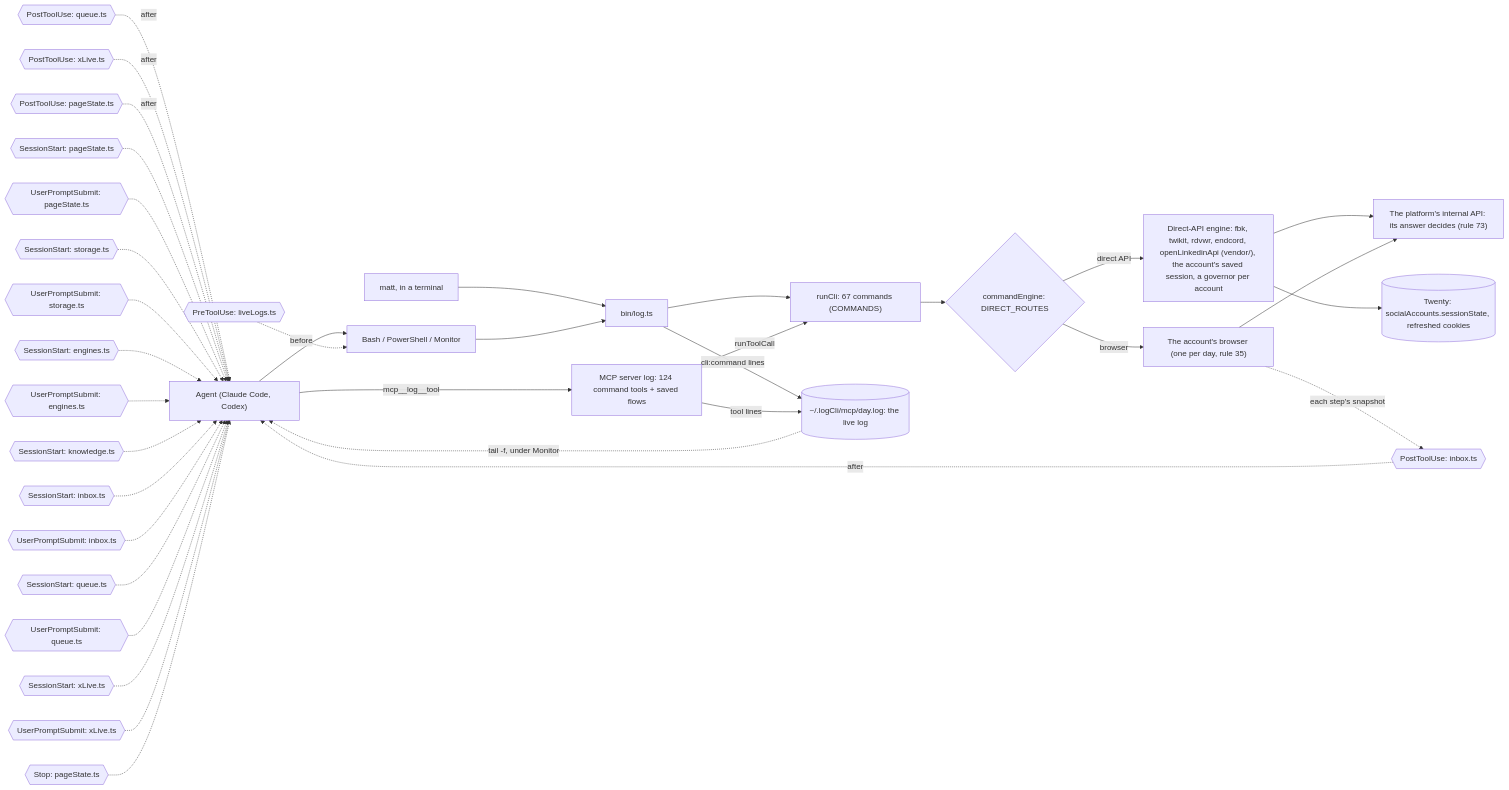
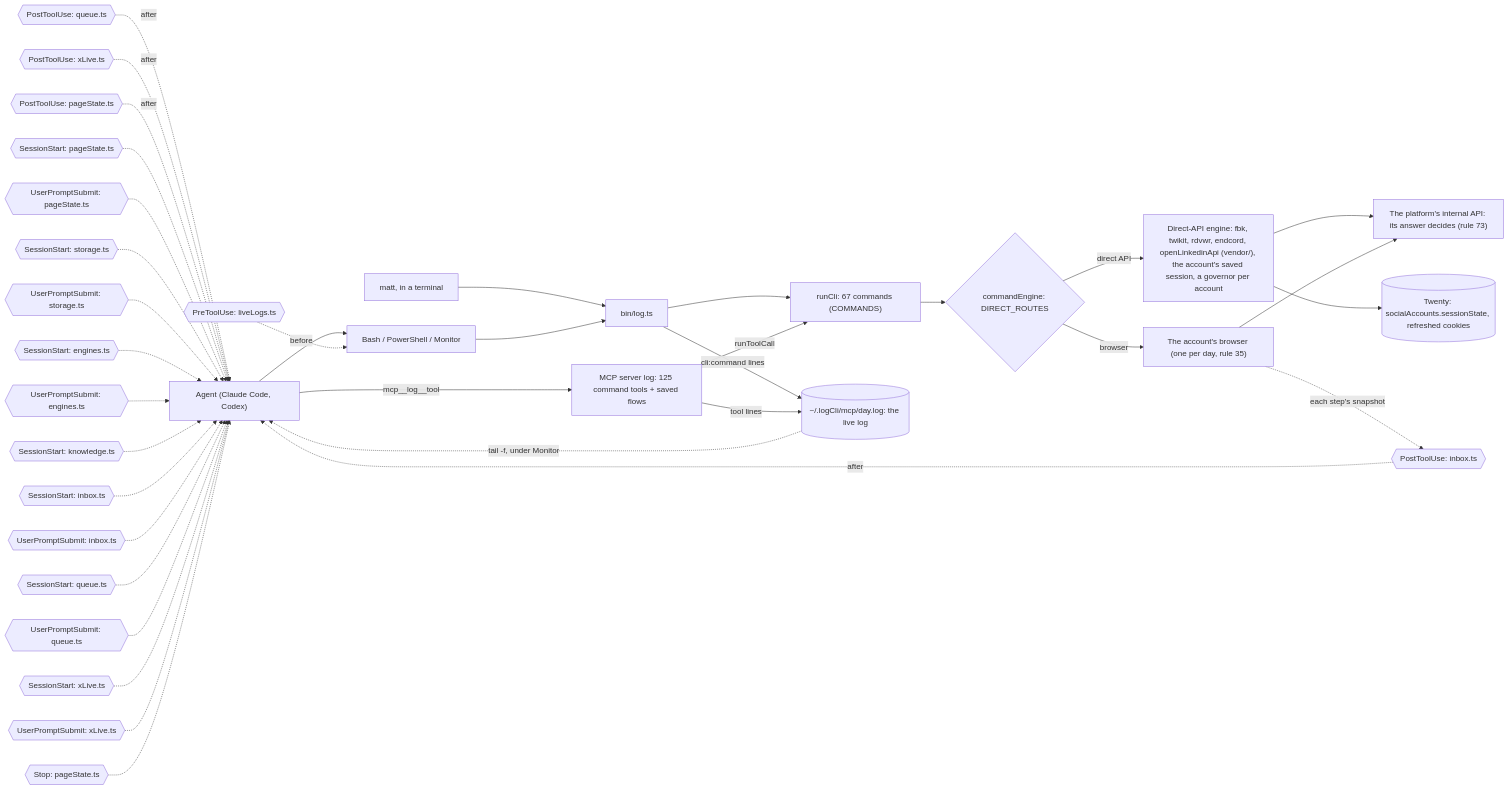
One commit to matthewdonsemail-lab/log changed the third of 6 diagrams in docs/reference.md. Above: the diagram before and after it, drawn with Mermaid. The commit also changed other lines of this file and 42 other files, not shown here.

````diff
--- a/docs/reference.md
+++ b/docs/reference.md
@@ -146,50 +146,50 @@
 ```mermaid
 flowchart LR
   agent["Agent (Claude Code, Codex)"]
   matt["matt, in a terminal"]
   shell["Bash / PowerShell / Monitor"]
-  mcp["MCP server log: 124 command tools + saved flows"]
+  mcp["MCP server log: 125 command tools + saved flows"]
   bin["bin/log.ts"]
   runCli["runCli: 67 commands (COMMANDS)"]
   live[("~/.logCli/mcp/day.log: the live log")]
   engine{"commandEngine: DIRECT_ROUTES"}
   direct["Direct-API engine: fbk, twikit, rdvwr, endcord, openLinkedinApi (vendor/), the account's saved session, a governor per account"]
   browser["The account's browser (one per day, rule 35)"]
   api["The platform's internal API: its answer decides (rule 73)"]
   twenty[("Twenty: socialAccounts.sessionState, refreshed cookies")]
   agent --> shell
   matt --> bin
   shell --> bin
   agent -->|mcp__log__tool| mcp
   bin --> runCli
   mcp -->|runToolCall| runCli
   runCli --> engine
   engine -->|direct API| direct
   engine -->|browser| browser
   direct --> api
   browser --> api
   direct --> twenty
   bin -->|cli:command lines| live
   mcp -->|tool lines| live
   live -.->|tail -f, under Monitor| agent
   pre0{{"PreToolUse: liveLogs.ts"}} -.->|before| shell
   post0{{"PostToolUse: inbox.ts"}} -.->|after| agent
   post1{{"PostToolUse: queue.ts"}} -.->|after| agent
   post2{{"PostToolUse: xLive.ts"}} -.->|after| agent
   post3{{"PostToolUse: pageState.ts"}} -.->|after| agent
   turn0{{"SessionStart: pageState.ts"}} -.-> agent
   turn1{{"UserPromptSubmit: pageState.ts"}} -.-> agent
   turn2{{"SessionStart: storage.ts"}} -.-> agent
   turn3{{"UserPromptSubmit: storage.ts"}} -.-> agent
   turn4{{"SessionStart: engines.ts"}} -.-> agent
   turn5{{"UserPromptSubmit: engines.ts"}} -.-> agent
   turn6{{"SessionStart: knowledge.ts"}} -.-> agent
   turn7{{"SessionStart: inbox.ts"}} -.-> agent
   turn8{{"UserPromptSubmit: inbox.ts"}} -.-> agent
   turn9{{"SessionStart: queue.ts"}} -.-> agent
   turn10{{"UserPromptSubmit: queue.ts"}} -.-> agent
   turn11{{"SessionStart: xLive.ts"}} -.-> agent
   turn12{{"UserPromptSubmit: xLive.ts"}} -.-> agent
   turn13{{"Stop: pageState.ts"}} -.-> agent
   browser -.->|each step's snapshot| post0
 ```
````
